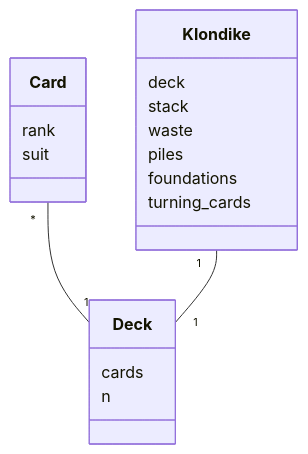
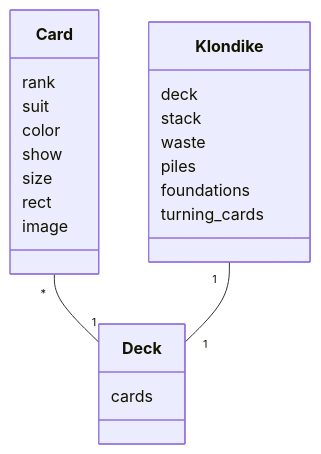
Before and after one commit to pankalai/ot-harjoitustyo: the diagram in pasianssi-app/dokumentaatio/arkkitehtuuri.md, drawn with Mermaid. The commit also changed 1 other file, not shown here.

Commit message:
edit class diagram

````diff
--- a/pasianssi-app/dokumentaatio/arkkitehtuuri.md
+++ b/pasianssi-app/dokumentaatio/arkkitehtuuri.md
@@ -3,21 +3,25 @@
 ```mermaid
  classDiagram
     Card "*" -- "1" Deck
     Klondike "1" -- "1" Deck
    class Card{
         rank
         suit
+        color
+        show
+        size
+        rect
+        image
     }
     class Deck{
         cards
-        n
     }
     class Klondike{
         deck
         stack
         waste
         piles
         foundations
         turning_cards
     }
 ```
````
